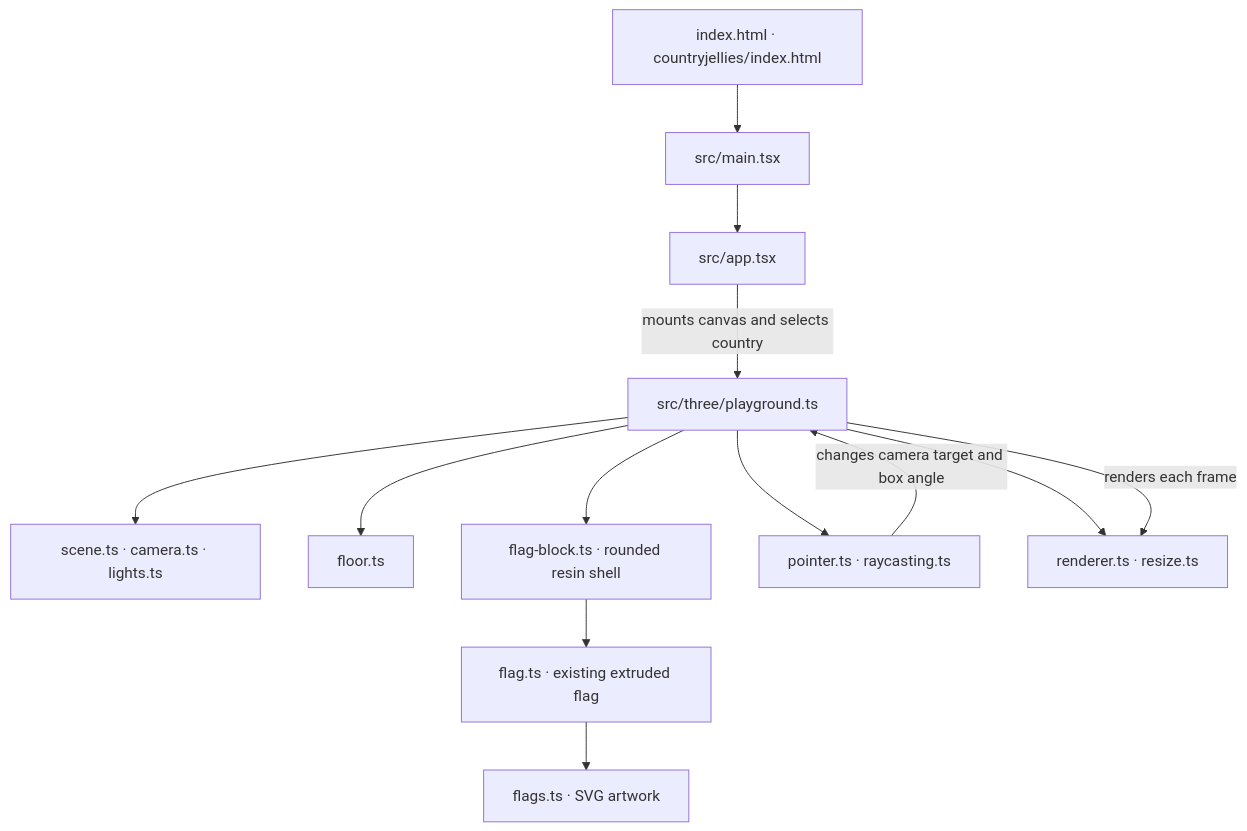
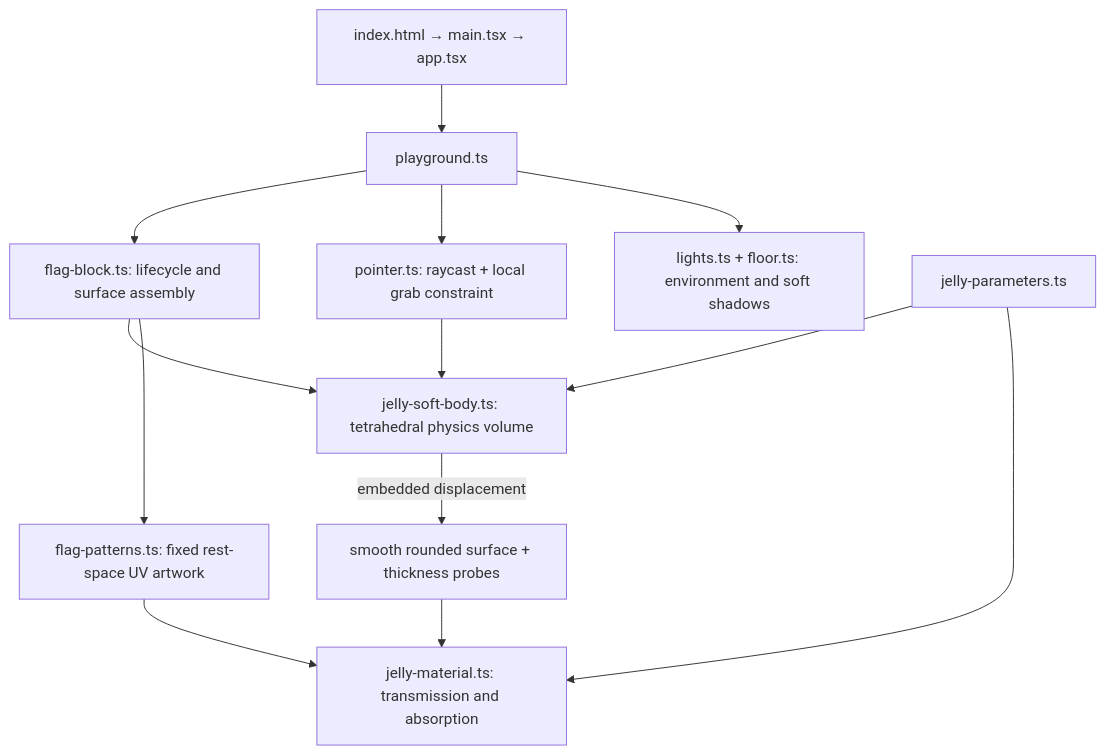
Before and after one commit to arvikachristy/semesta: the diagram in README.md, drawn with Mermaid. The commit also changed other lines of this file and 13 other files, not shown here.

Commit message:
feat: replace rigid flag shells with volumetric jelly physics

````diff
--- a/README.md
+++ b/README.md
@@ -38,15 +24,15 @@
 ```mermaid
 flowchart TD
-  html["index.html · countryjellies/index.html"] --> main["src/main.tsx"]
-  main --> app["src/app.tsx"]
-  app -->|mounts canvas and selects country| playground["src/three/playground.ts"]
-  playground --> scene["scene.ts · camera.ts · lights.ts"]
-  playground --> floor["floor.ts"]
-  playground --> block["flag-block.ts · rounded resin shell"]
-  block --> flag["flag.ts · existing extruded flag"]
-  flag --> data["flags.ts · SVG artwork"]
-  playground --> input["pointer.ts · raycasting.ts"]
-  playground --> output["renderer.ts · resize.ts"]
-  input -->|changes camera target and box angle| playground
-  playground -->|renders each frame| output
+  entry["index.html → main.tsx → app.tsx"] --> scene["playground.ts"]
+  scene --> block["flag-block.ts: lifecycle and surface assembly"]
+  block --> volume["jelly-soft-body.ts: tetrahedral physics volume"]
+  volume -->|embedded displacement| surface["smooth rounded surface + thickness probes"]
+  block --> pattern["flag-patterns.ts: fixed rest-space UV artwork"]
+  surface --> material["jelly-material.ts: transmission and absorption"]
+  pattern --> material
+  scene --> input["pointer.ts: raycast + local grab constraint"]
+  input --> volume
+  scene --> lighting["lights.ts + floor.ts: environment and soft shadows"]
+  config["jelly-parameters.ts"] --> volume
+  config --> material
 ```
````
